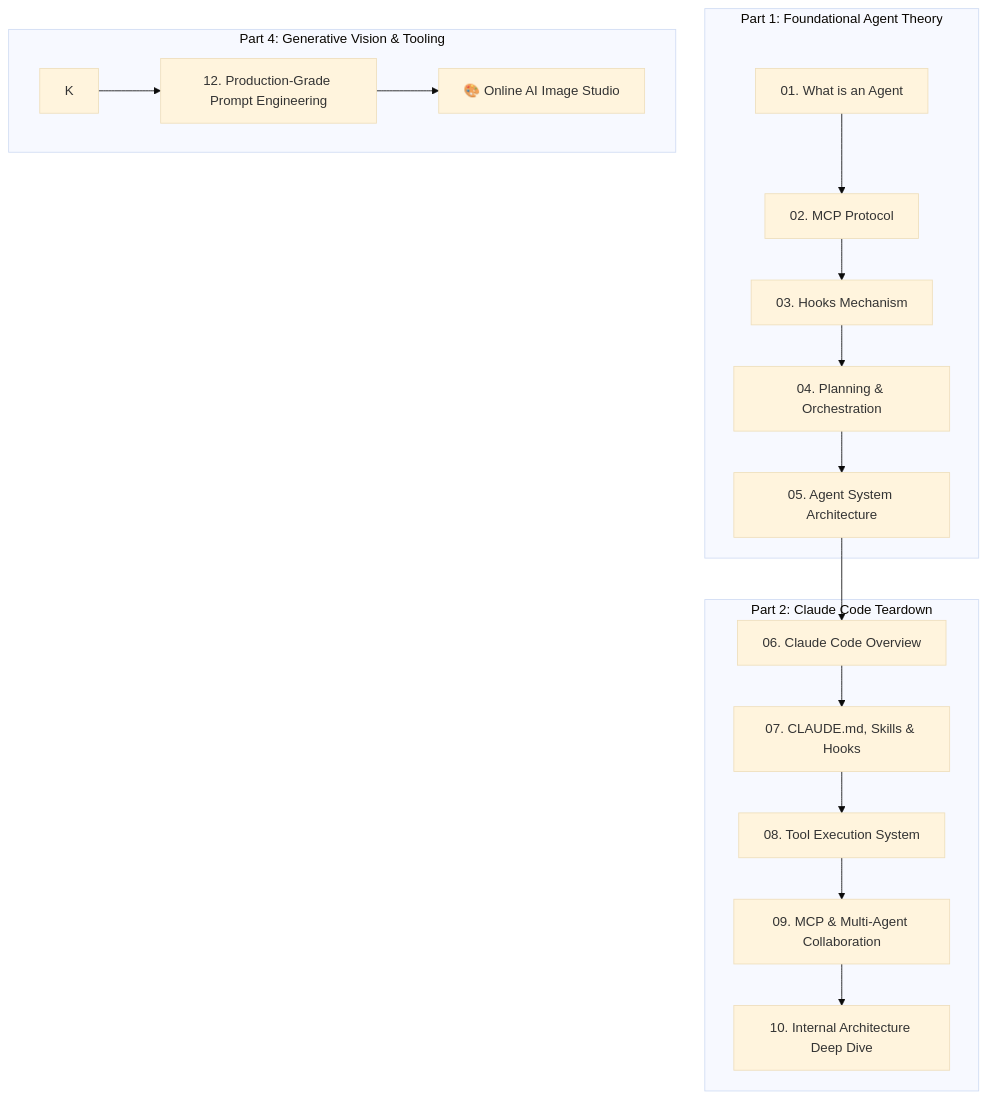
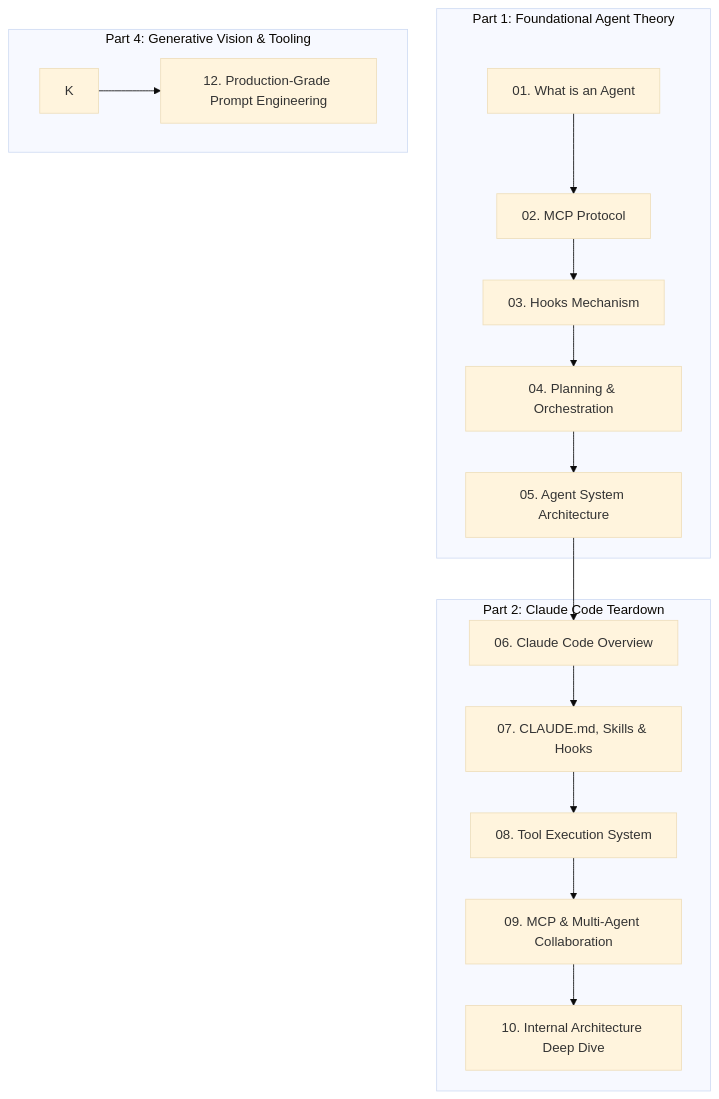
One commit to youngxuesong/dev-notes changed the diagram in docs/ai/index.en-US.md. Above: the diagram before and after it, drawn with Mermaid (base theme). The commit also changed other lines of this file and 8 other files, not shown here.

````diff
--- a/docs/ai/index.en-US.md
+++ b/docs/ai/index.en-US.md
@@ -12,22 +12,21 @@
 ```mermaid
 graph TD
     subgraph Agent_Theory [Part 1: Foundational Agent Theory]
         A[01. What is an Agent] --> B[02. MCP Protocol]
         B --> C[03. Hooks Mechanism]
         C --> D[04. Planning & Orchestration]
         D --> E[05. Agent System Architecture]
     end
 
     subgraph Claude_Code_Architecture [Part 2: Claude Code Teardown]
         E --> F[06. Claude Code Overview]
         F --> G[07. CLAUDE.md, Skills & Hooks]
         G --> H[08. Tool Execution System]
         H --> I[09. MCP & Multi-Agent Collaboration]
         I --> J[10. Internal Architecture Deep Dive]
     end
 
     subgraph Vision_Engineering [Part 4: Generative Vision & Tooling]
         K --> L[12. Production-Grade Prompt Engineering]
-        L --> M[🎨 Online AI Image Studio]
     end
 ```
````
